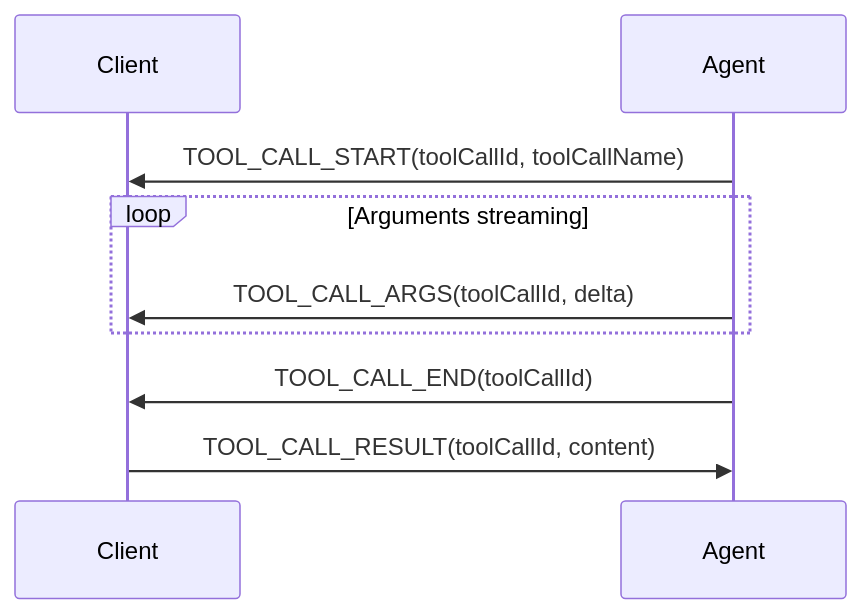
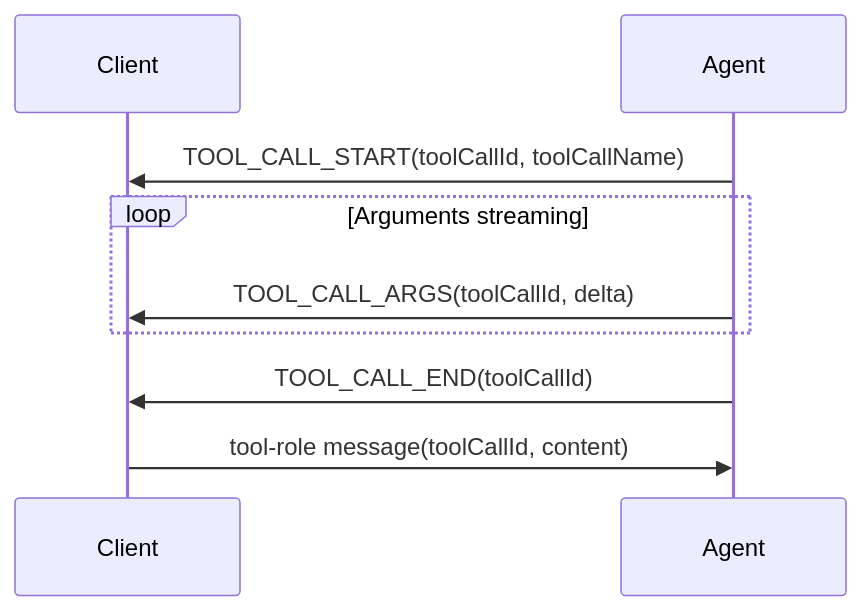
The sixth of 12 diagrams in content/blog/en/ag-ui-protocol.mdx (yoichiozaki/yoichiozaki.github.io), drawn with Mermaid before and after one commit. The commit also changed other lines of this file and 220 other files, not shown here.

````diff
--- a/content/blog/en/ag-ui-protocol.mdx
+++ b/content/blog/en/ag-ui-protocol.mdx
@@ -267,11 +267,11 @@
 ```mermaid
 sequenceDiagram
     participant C as Client
     participant A as Agent
     A->>C: TOOL_CALL_START(toolCallId, toolCallName)
     loop Arguments streaming
         A->>C: TOOL_CALL_ARGS(toolCallId, delta)
     end
     A->>C: TOOL_CALL_END(toolCallId)
-    C->>A: TOOL_CALL_RESULT(toolCallId, content)
+    C->>A: tool-role message(toolCallId, content)
 ```
````
